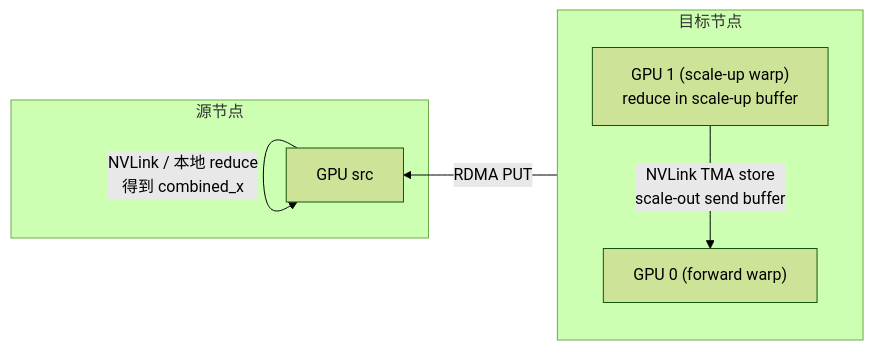
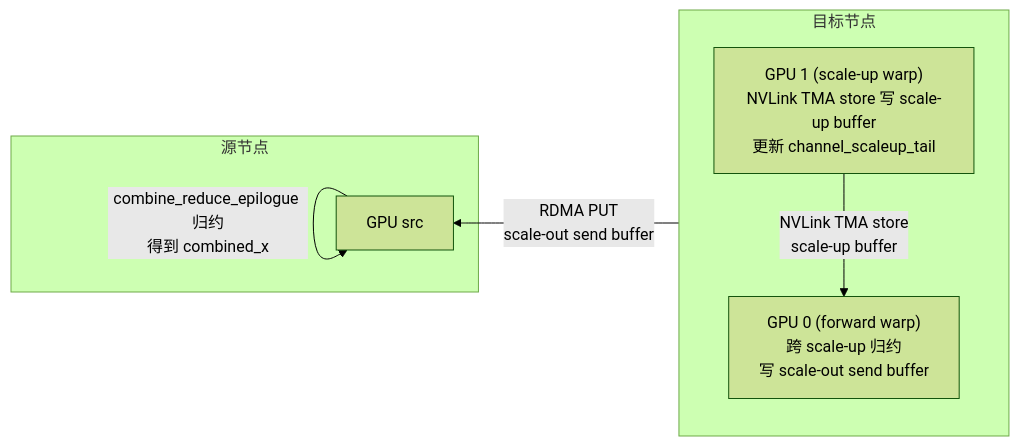
The eighth of 8 diagrams in notes/deep_ep_explained.md (s0okiym/DeepEP), drawn with Mermaid (forest theme) before and after one commit. The commit also changed other lines of this file, not shown here.

````diff
--- a/notes/deep_ep_explained.md
+++ b/notes/deep_ep_explained.md
@@ -635,14 +640,14 @@
 ```mermaid
 flowchart RL
     subgraph DstNode["目标节点"]
         direction TB
-        DGPU1["GPU 1 (scale-up warp)<br/>reduce in scale-up buffer"]
-        DGPU0["GPU 0 (forward warp)"]
+        DGPU1["GPU 1 (scale-up warp)<br/>NVLink TMA store 写 scale-up buffer<br/>更新 channel_scaleup_tail"]
+        DGPU0["GPU 0 (forward warp)<br/>跨 scale-up 归约<br/>写 scale-out send buffer"]
     end
     subgraph SrcNode["源节点"]
         SGPU["GPU src"]
     end
-    DGPU1 -->|"NVLink TMA store<br/>scale-out send buffer"| DGPU0
-    DGPU0 -->|"RDMA PUT"| SGPU
-    SGPU -->|"NVLink / 本地 reduce<br/>得到 combined_x"| SGPU
+    DGPU1 -->|"NVLink TMA store<br/>scale-up buffer"| DGPU0
+    DGPU0 -->|"RDMA PUT<br/>scale-out send buffer"| SGPU
+    SGPU -->|"combine_reduce_epilogue 归约<br/>得到 combined_x"| SGPU
 ```
````
